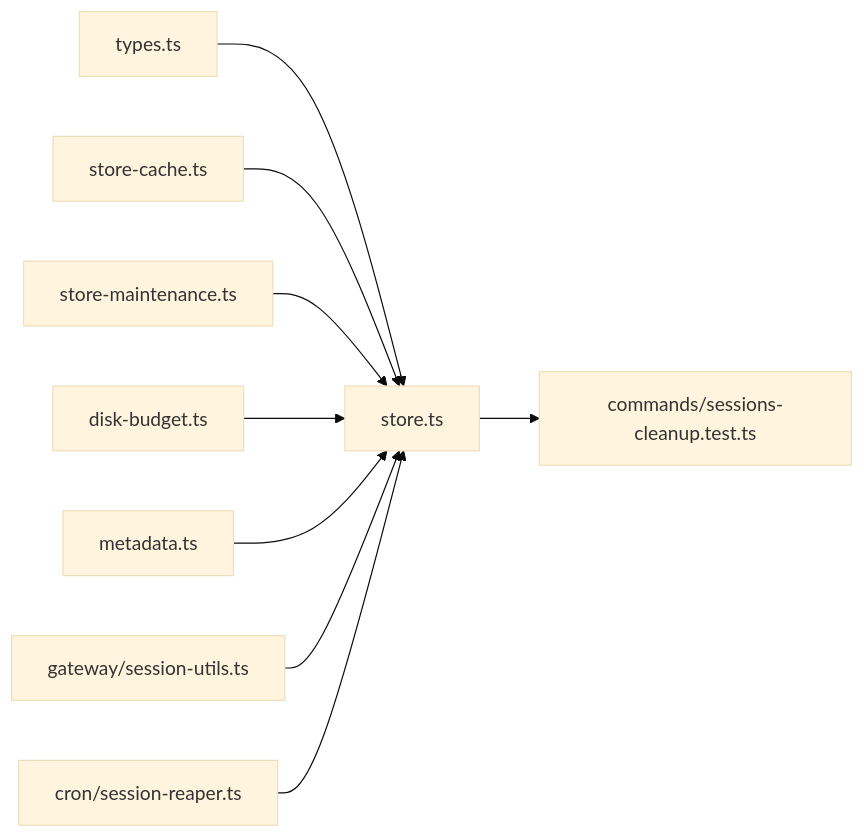
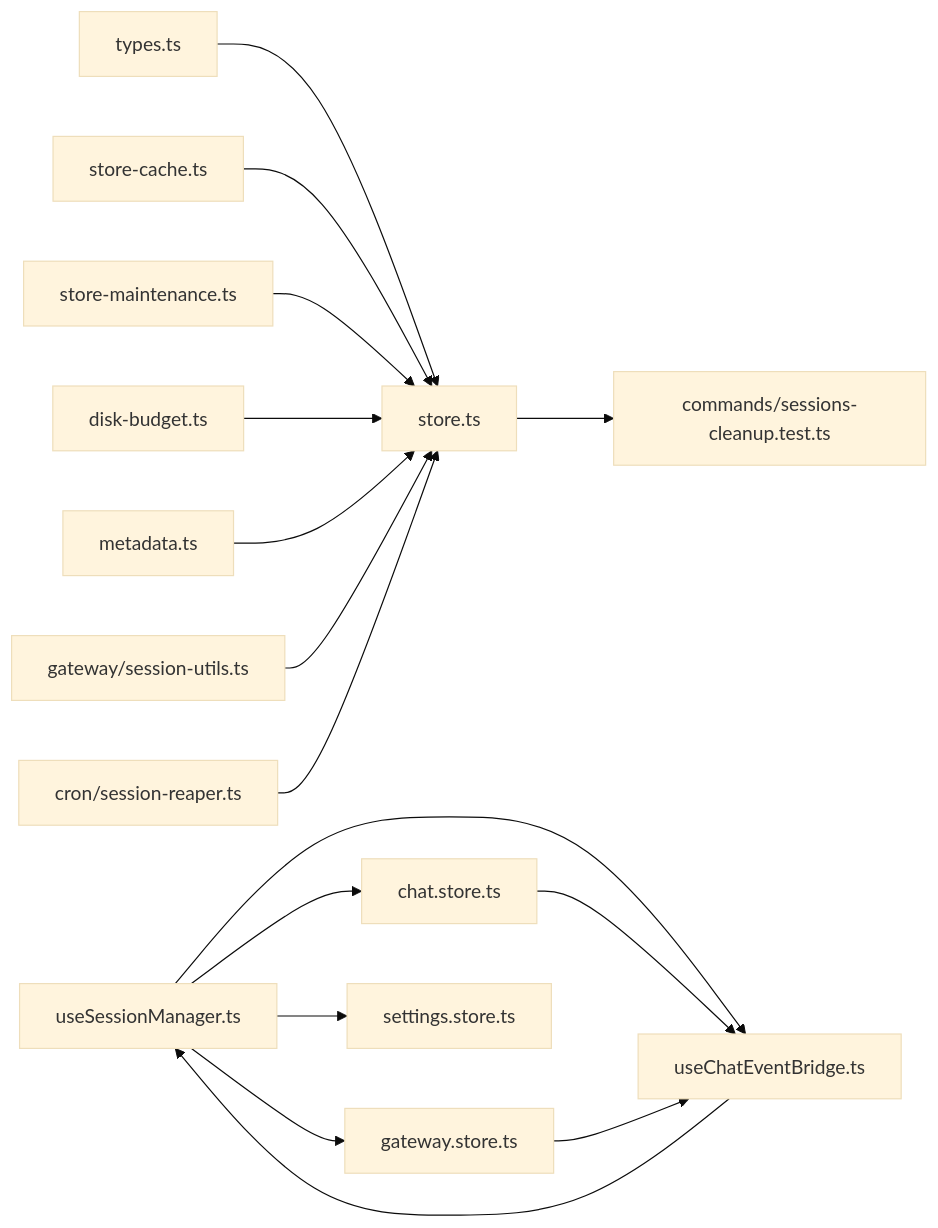
One commit to verse-ai-org/openclaw changed diagram 12 of 12 in .qoder/repowiki/zh/content/核心概念/会话管理.md. Above: the diagram before and after it, drawn with Mermaid (base theme). The commit also changed other lines of this file and 46 other files, not shown here.

````diff
--- a/.qoder/repowiki/zh/content/核心概念/会话管理.md
+++ b/.qoder/repowiki/zh/content/核心概念/会话管理.md
@@ -441,11 +607,18 @@
 ```mermaid
 graph LR
 Types["types.ts"] --> Store["store.ts"]
 StoreCache["store-cache.ts"] --> Store
 Maint["store-maintenance.ts"] --> Store
 Disk["disk-budget.ts"] --> Store
 Meta["metadata.ts"] --> Store
 Utils["gateway/session-utils.ts"] --> Store
 Cron["cron/session-reaper.ts"] --> Store
 Store --> Tests["commands/sessions-cleanup.test.ts"]
+USM["useSessionManager.ts"] --> ChatStore["chat.store.ts"]
+USM --> GatewayStore["gateway.store.ts"]
+USM --> SettingsStore["settings.store.ts"]
+USM --> ChatEventBridge["useChatEventBridge.ts"]
+ChatStore --> ChatEventBridge
+GatewayStore --> ChatEventBridge
+ChatEventBridge --> USM
 ```
````
